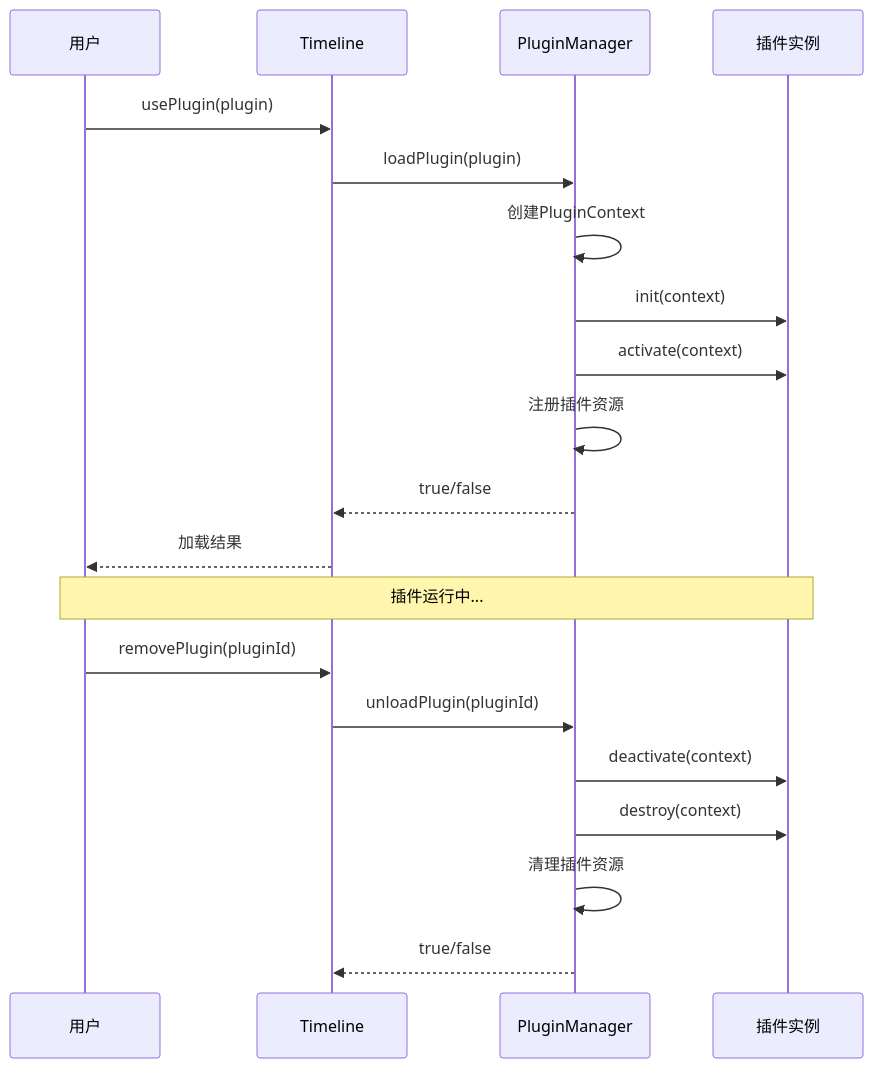
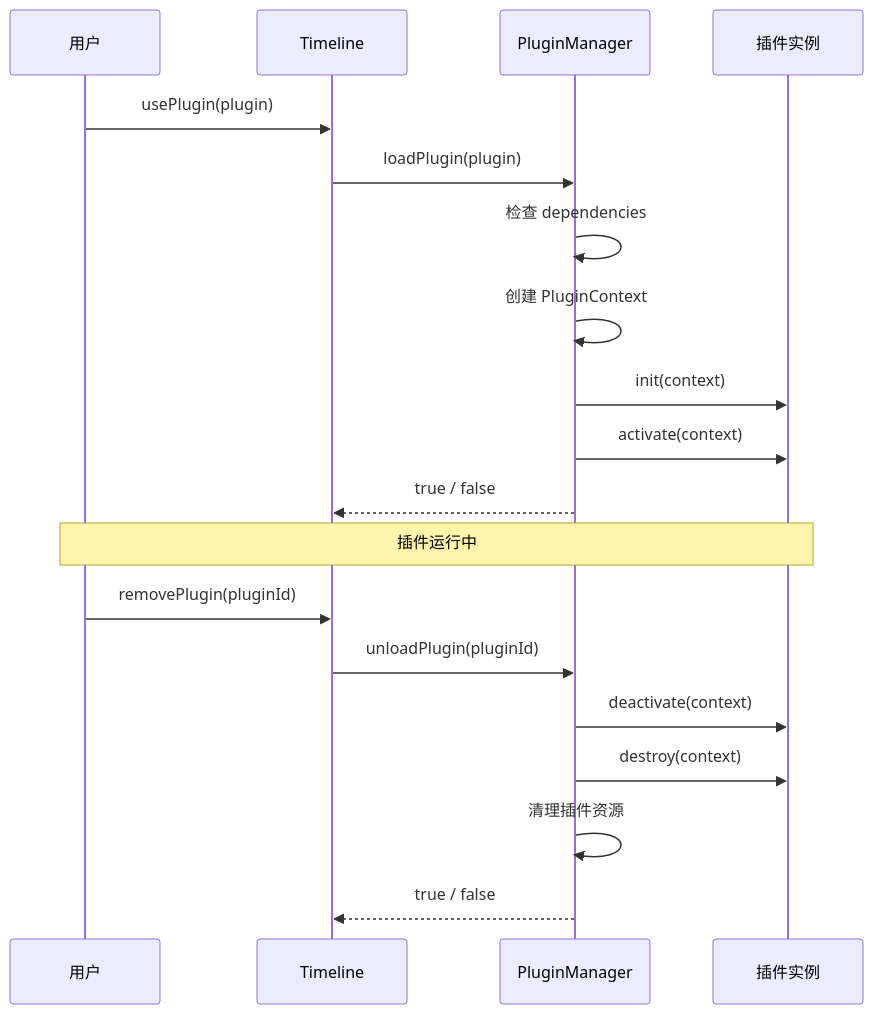
The diagram in docs/zh/plugins/plugin-development/api.md (umbrella22/timeline-canvas), drawn with Mermaid before and after one commit. The commit also changed other lines of this file and 50 other files, not shown here.

````diff
--- a/docs/zh/plugins/plugin-development/api.md
+++ b/docs/zh/plugins/plugin-development/api.md
@@ -5,27 +5,24 @@
 ```mermaid
 sequenceDiagram
     participant User as 用户
     participant Timeline as Timeline
     participant PM as PluginManager
     participant Plugin as 插件实例
 
     User->>Timeline: usePlugin(plugin)
     Timeline->>PM: loadPlugin(plugin)
-
-    PM->>PM: 创建PluginContext
+    PM->>PM: 检查 dependencies
+    PM->>PM: 创建 PluginContext
     PM->>Plugin: init(context)
     PM->>Plugin: activate(context)
-    PM->>PM: 注册插件资源
+    PM-->>Timeline: true / false
 
-    PM-->>Timeline: true/false
-    Timeline-->>User: 加载结果
-
-    Note over User,Plugin: 插件运行中...
+    Note over User,Plugin: 插件运行中
 
     User->>Timeline: removePlugin(pluginId)
     Timeline->>PM: unloadPlugin(pluginId)
     PM->>Plugin: deactivate(context)
     PM->>Plugin: destroy(context)
     PM->>PM: 清理插件资源
-    PM-->>Timeline: true/false
+    PM-->>Timeline: true / false
 ```
````
